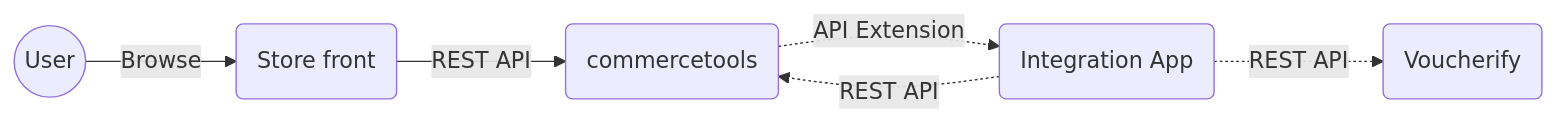
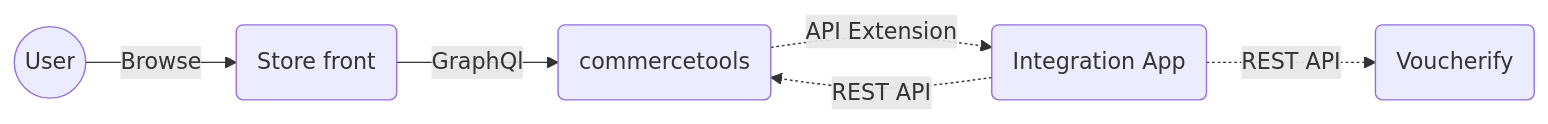
The diagram in README.md (voucherifyio/commerce-tools-integration), drawn with Mermaid before and after one commit. The commit also changed other lines of this file and 4 other files, not shown here.

````diff
--- a/README.md
+++ b/README.md
@@ -11,14 +71,14 @@
 ``` mermaid
 graph LR;
     U((User))
     SF(Store front)
     CT(commercetools)
     V(Voucherify)
     I(Integration App)
 
     U-- Browse -->SF
-    SF-- REST API -->CT
+    SF-- GraphQl -->CT
     CT-. API Extension .->I
     I-. REST API .->CT
     I-.  REST API .->V
 ```
````
